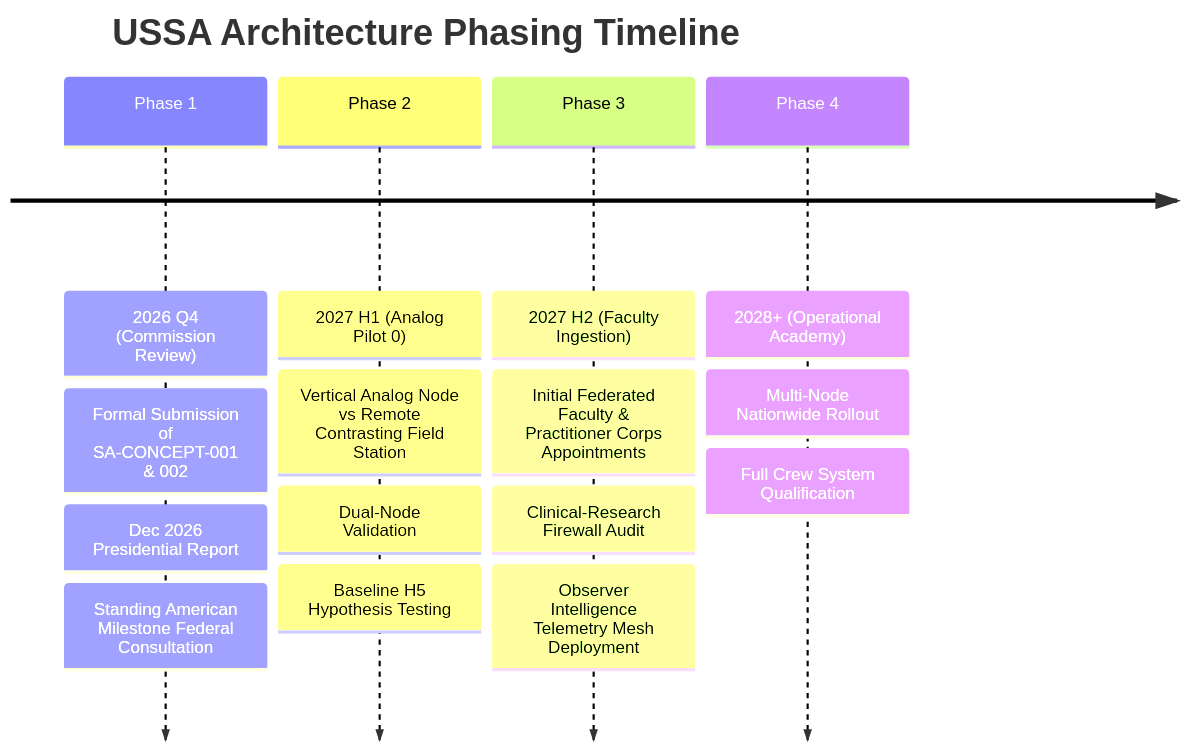
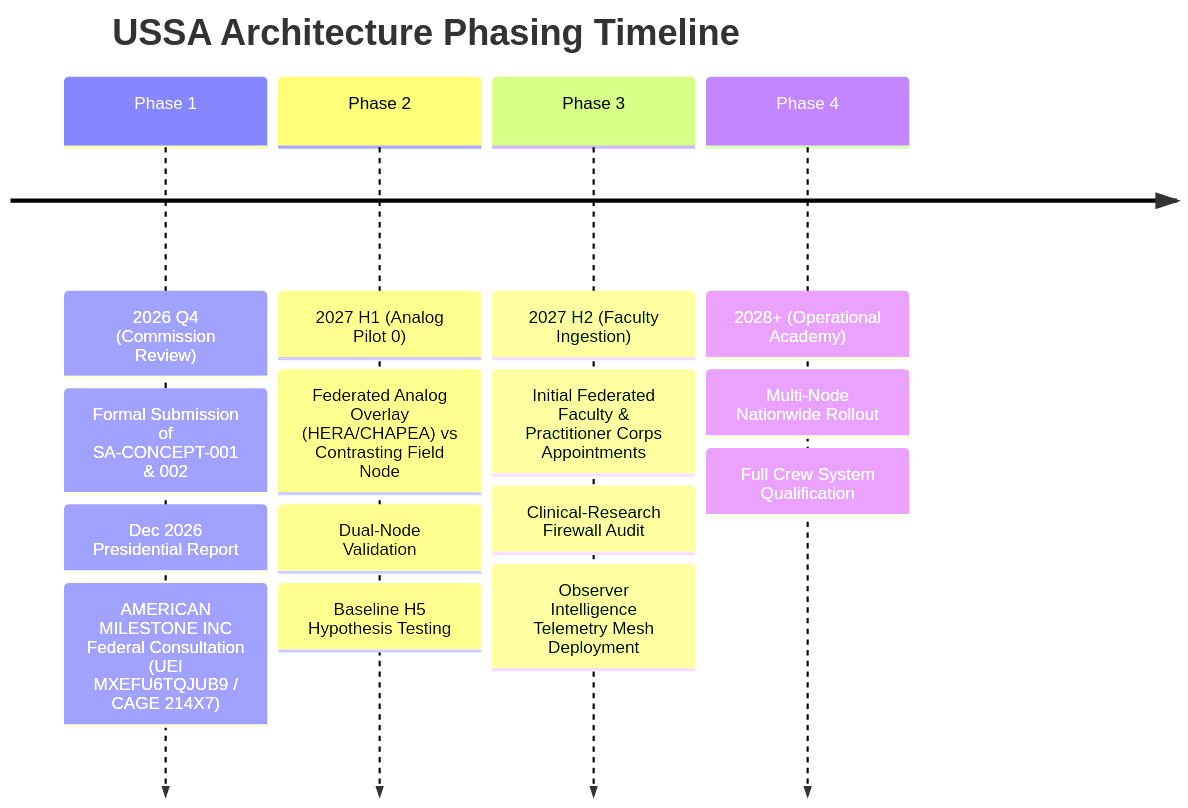
The seventh of 7 diagrams in daxda-next-gen/docs/proposals/SA_CONCEPT_002_COMPLEMENTARY_CREW_COMPOSITION.md (osmesirius-ship-it/DAXDA-NEXTGEN), drawn with Mermaid before and after one commit. The commit also changed other lines of this file and 43 other files, not shown here.

Commit message:
feat: add federal partner CAGE/UEI payout routing and compliance documentation for American Milestone Inc

````diff
--- a/daxda-next-gen/docs/proposals/SA_CONCEPT_002_COMPLEMENTARY_CREW_COMPOSITION.md
+++ b/daxda-next-gen/docs/proposals/SA_CONCEPT_002_COMPLEMENTARY_CREW_COMPOSITION.md
@@ -362,11 +362,11 @@
 ```mermaid
 timeline
     title USSA Architecture Phasing Timeline
     Phase 1 : 2026 Q4 (Commission Review) : Formal Submission of SA-CONCEPT-001 & 002
-            : Dec 2026 Presidential Report : Standing American Milestone Federal Consultation
-    Phase 2 : 2027 H1 (Analog Pilot 0) : Vertical Analog Node vs Remote Contrasting Field Station
+            : Dec 2026 Presidential Report : AMERICAN MILESTONE INC Federal Consultation (UEI MXEFU6TQJUB9 / CAGE 214X7)
+    Phase 2 : 2027 H1 (Analog Pilot 0) : Federated Analog Overlay (HERA/CHAPEA) vs Contrasting Field Node
             : Dual-Node Validation : Baseline H5 Hypothesis Testing
     Phase 3 : 2027 H2 (Faculty Ingestion) : Initial Federated Faculty & Practitioner Corps Appointments
             : Clinical-Research Firewall Audit : Observer Intelligence Telemetry Mesh Deployment
     Phase 4 : 2028+ (Operational Academy) : Multi-Node Nationwide Rollout : Full Crew System Qualification
 ```
````
